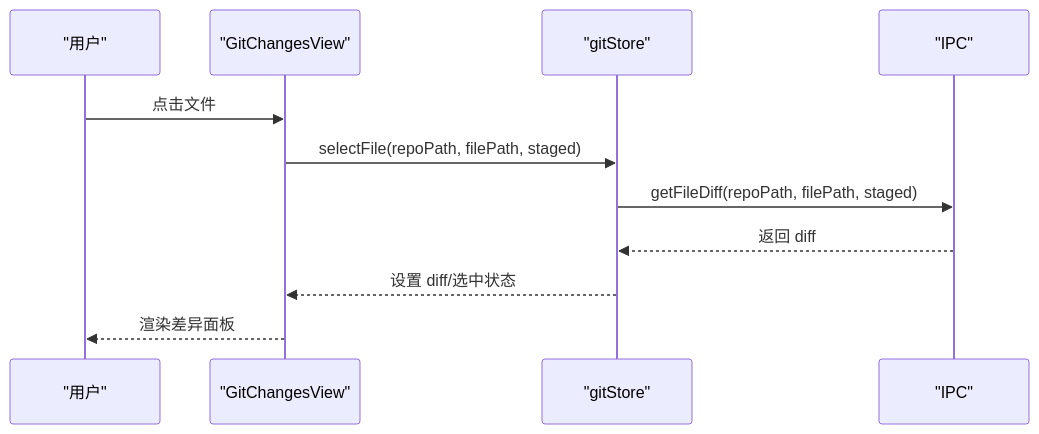
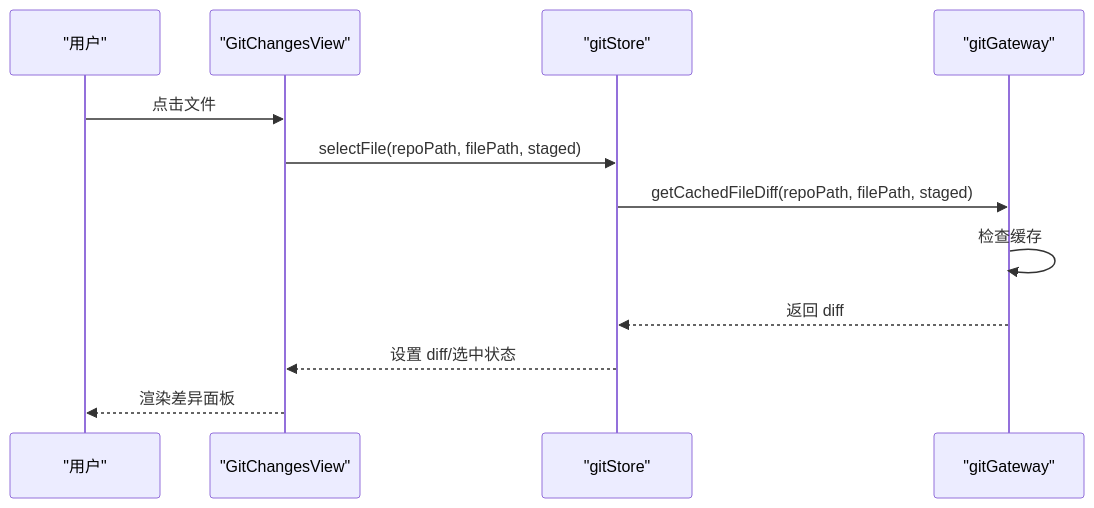
Before and after one commit to yattin/panes: the fourth of 6 diagrams in .qoder/repowiki/zh/content/核心功能/Git 版本控制/Git 版本控制.md, drawn with Mermaid. The commit also changed other lines of this file and 45 other files, not shown here.

````diff
--- a/.qoder/repowiki/zh/content/核心功能/Git 版本控制/Git 版本控制.md
+++ b/.qoder/repowiki/zh/content/核心功能/Git 版本控制/Git 版本控制.md
@@ -210,13 +229,14 @@
 ```mermaid
 sequenceDiagram
 participant U as "用户"
 participant CV as "GitChangesView"
 participant ST as "gitStore"
-participant IPC as "IPC"
+participant Gateway as "gitGateway"
 U->>CV : 点击文件
 CV->>ST : selectFile(repoPath, filePath, staged)
-ST->>IPC : getFileDiff(repoPath, filePath, staged)
-IPC-->>ST : 返回 diff
+ST->>Gateway : getCachedFileDiff(repoPath, filePath, staged)
+Gateway->>Gateway : 检查缓存
+Gateway-->>ST : 返回 diff
 ST-->>CV : 设置 diff/选中状态
 CV-->>U : 渲染差异面板
 ```
````
